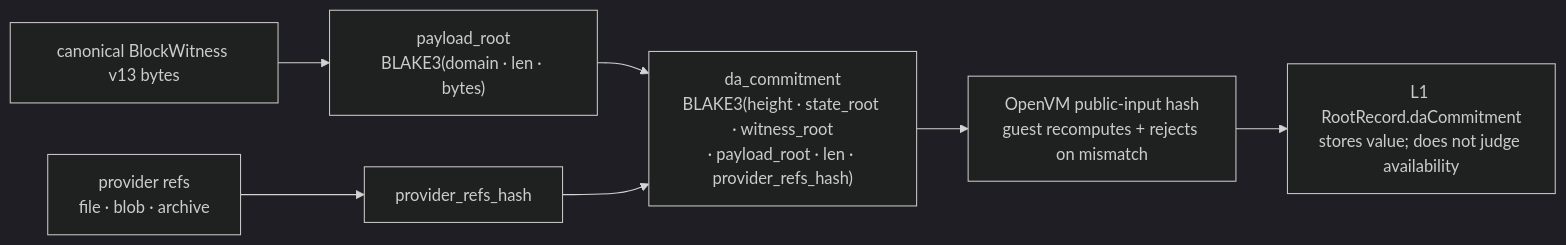
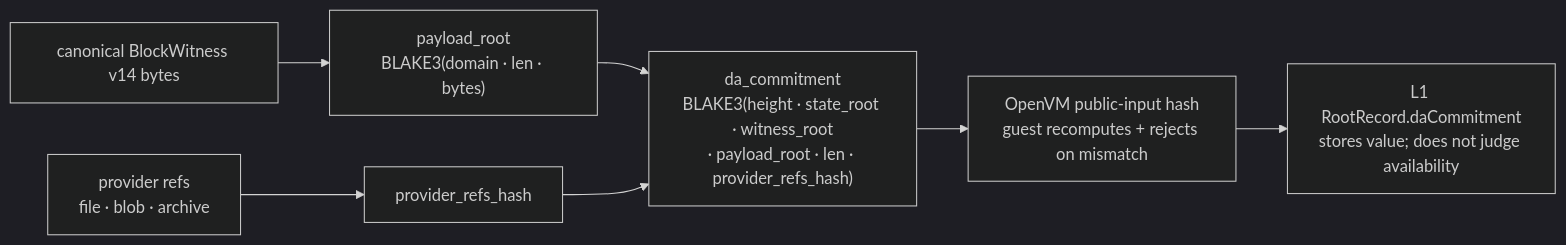
Before and after one commit to MetaB0y/sybil: the diagram in docs/architecture/04-verification/Data Availability.md, drawn with Mermaid (dark theme). The commit also changed other lines of this file and 73 other files, not shown here.

````diff
--- a/docs/architecture/04-verification/Data Availability.md
+++ b/docs/architecture/04-verification/Data Availability.md
@@ -79,9 +79,9 @@
 ```mermaid
 flowchart LR
-    WIT["canonical BlockWitness v13 bytes"] --> PR["payload_root<br/>BLAKE3(domain · len · bytes)"]
+    WIT["canonical BlockWitness v14 bytes"] --> PR["payload_root<br/>BLAKE3(domain · len · bytes)"]
     REFS["provider refs<br/>file · blob · archive"] --> PRH["provider_refs_hash"]
     PR --> DAC["da_commitment<br/>BLAKE3(height · state_root · witness_root<br/>· payload_root · len · provider_refs_hash)"]
     PRH --> DAC
     DAC --> PIH["OpenVM public-input hash<br/>guest recomputes + rejects on mismatch"]
     PIH --> L1["L1 RootRecord.daCommitment<br/>stores value; does not judge availability"]
 ```
````
